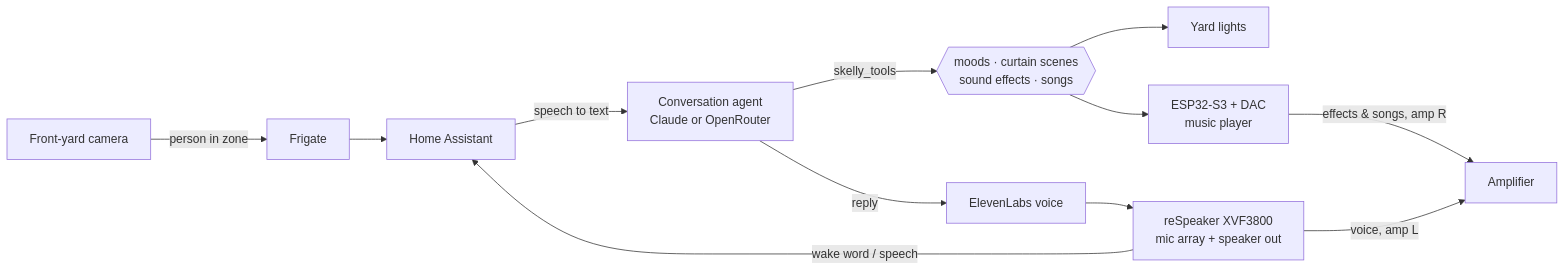
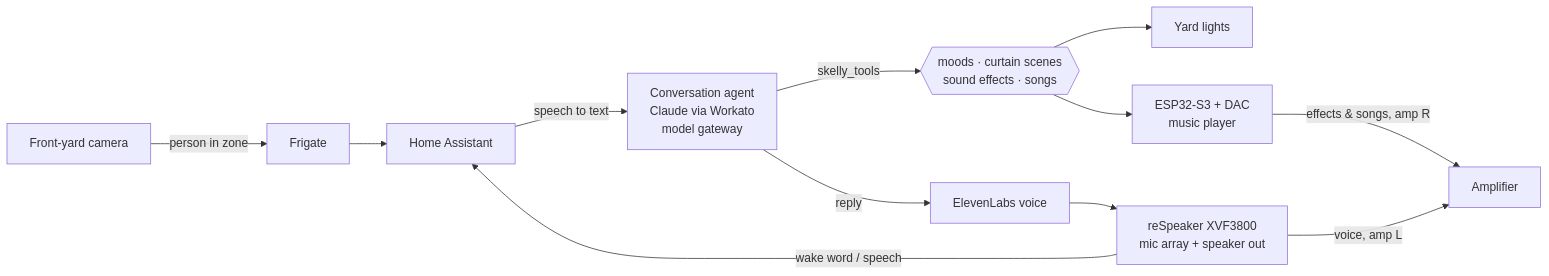
The diagram in README.md (cmac45/Skelly), drawn with Mermaid before and after one commit. The commit also changed other lines of this file, not shown here.

Commit message:
README: Workato model gateway in the diagram, personalities and model routes

````diff
--- a/README.md
+++ b/README.md
@@ -35,14 +36,14 @@
 ```mermaid
 flowchart LR
     cam[Front-yard camera] -->|person in zone| frigate[Frigate]
     frigate --> ha[Home Assistant]
     mic[reSpeaker XVF3800<br/>mic array + speaker out] -->|wake word / speech| ha
-    ha -->|speech to text| agent[Conversation agent<br/>Claude or OpenRouter]
+    ha -->|speech to text| agent[Conversation agent<br/>Claude via Workato<br/>model gateway]
     agent -->|skelly_tools| tools{{moods · curtain scenes<br/>sound effects · songs}}
     agent -->|reply| tts[ElevenLabs voice]
     tts --> mic
     tools --> lights[Yard lights]
     tools --> music[ESP32-S3 + DAC<br/>music player]
     mic -->|voice, amp L| amp[Amplifier]
     music -->|effects & songs, amp R| amp
 ```
````
